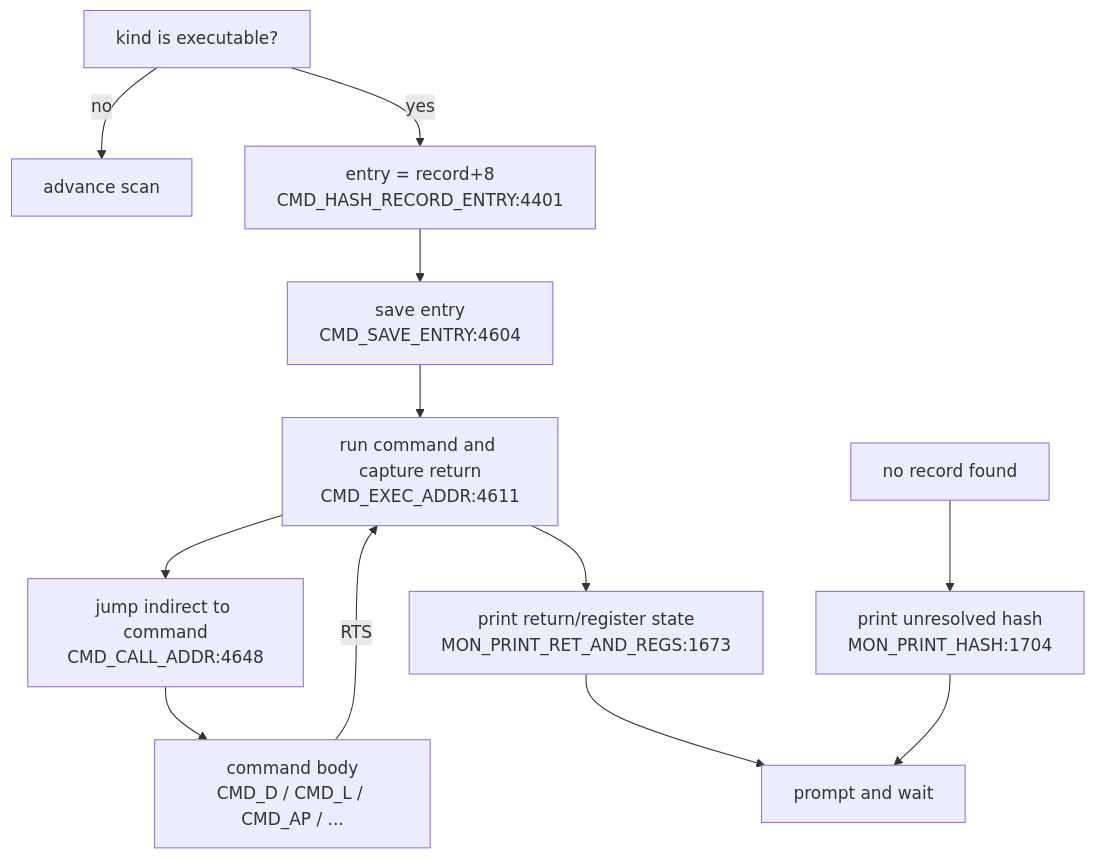
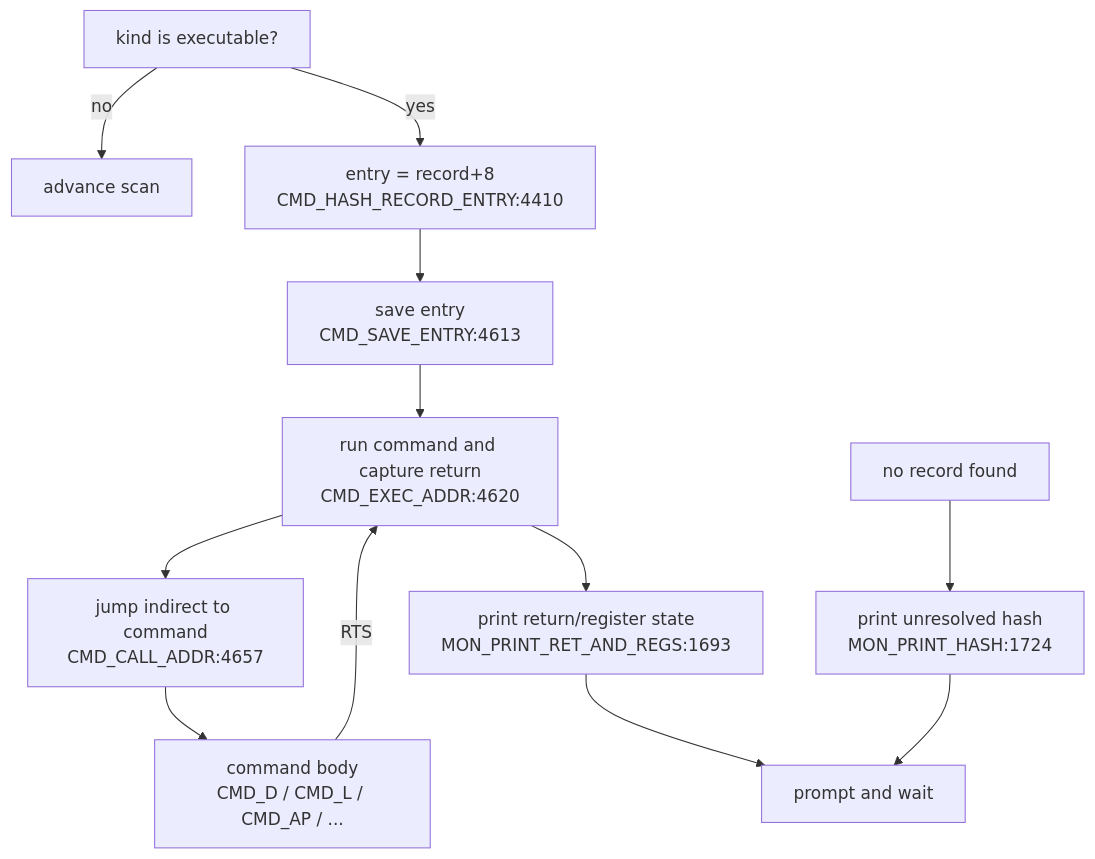
One commit to 95westus/R-YORS changed the fourth of 4 diagrams in DOC/GENERATED/CMD_FLOW_MAP.md. Above: the diagram before and after it, drawn with Mermaid. The commit also changed other lines of this file and 85 other files, not shown here.

````diff
--- a/DOC/GENERATED/CMD_FLOW_MAP.md
+++ b/DOC/GENERATED/CMD_FLOW_MAP.md
@@ -58,14 +58,14 @@
 ```mermaid
 flowchart TD
     EXECOK["kind is executable?"] -->|no| ADV["advance scan"]
-    EXECOK -->|yes| ENTRY["entry = record+8<br/>CMD_HASH_RECORD_ENTRY:4401"]
-    ENTRY --> SAVEENTRY["save entry<br/>CMD_SAVE_ENTRY:4604"]
-    SAVEENTRY --> RUN["run command and capture return<br/>CMD_EXEC_ADDR:4611"]
-    RUN --> CALL["jump indirect to command<br/>CMD_CALL_ADDR:4648"]
+    EXECOK -->|yes| ENTRY["entry = record+8<br/>CMD_HASH_RECORD_ENTRY:4410"]
+    ENTRY --> SAVEENTRY["save entry<br/>CMD_SAVE_ENTRY:4613"]
+    SAVEENTRY --> RUN["run command and capture return<br/>CMD_EXEC_ADDR:4620"]
+    RUN --> CALL["jump indirect to command<br/>CMD_CALL_ADDR:4657"]
     CALL --> BODY["command body<br/>CMD_D / CMD_L / CMD_AP / ..."]
     BODY -->|RTS| RUN
-    RUN --> RETPRINT["print return/register state<br/>MON_PRINT_RET_AND_REGS:1673"]
+    RUN --> RETPRINT["print return/register state<br/>MON_PRINT_RET_AND_REGS:1693"]
     RETPRINT --> LOOP["prompt and wait"]
-    MISS["no record found"] --> PRHASH["print unresolved hash<br/>MON_PRINT_HASH:1704"]
+    MISS["no record found"] --> PRHASH["print unresolved hash<br/>MON_PRINT_HASH:1724"]
     PRHASH --> LOOP
 ```
````
